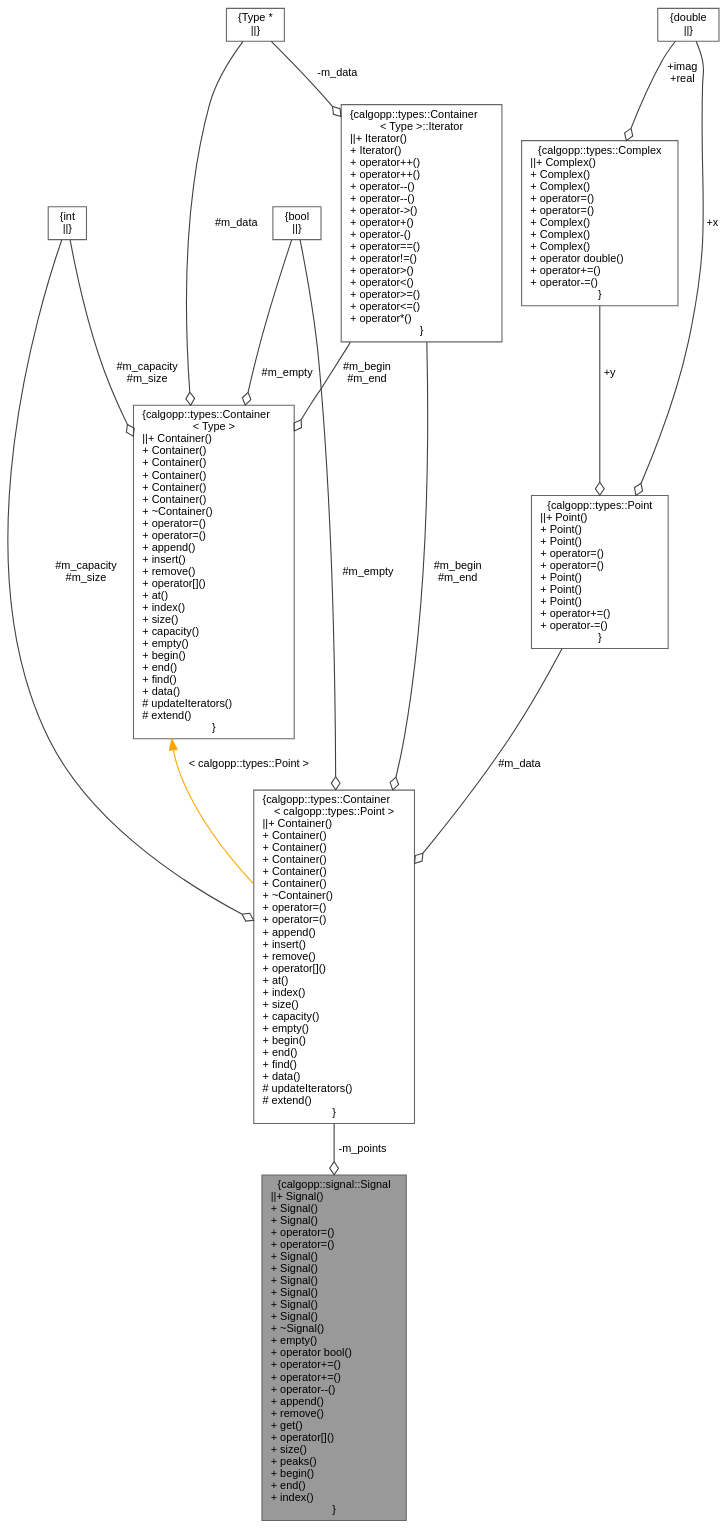
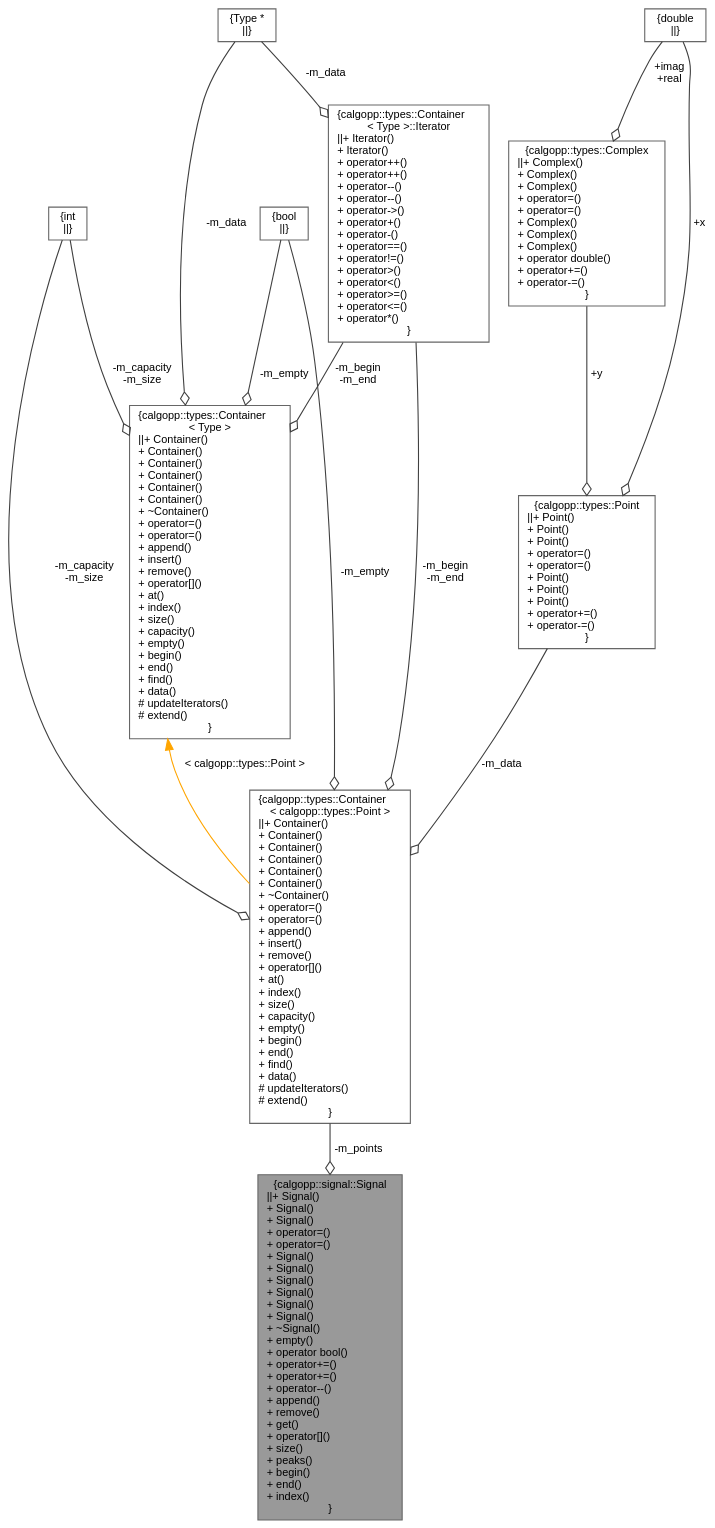
One commit to pawelekg95/algopp changed the diagram in classcalgopp_1_1signal_1_1Signal__coll__graph.dot. Above: the diagram before and after it, drawn with Graphviz. The commit also changed 28 other files, not shown here.

```diff
--- a/classcalgopp_1_1signal_1_1Signal__coll__graph.dot
+++ b/classcalgopp_1_1signal_1_1Signal__coll__graph.dot
@@ -1,31 +1,31 @@
 digraph "calgopp::signal::Signal"
 {
  // LATEX_PDF_SIZE
   bgcolor="transparent";
   edge [fontname=Helvetica,fontsize=10,labelfontname=Helvetica,labelfontsize=10];
   node [fontname=Helvetica,fontsize=10,shape=box,height=0.2,width=0.4];
   Node1 [label="{calgopp::signal::Signal\n||+ Signal()\l+ Signal()\l+ Signal()\l+ operator=()\l+ operator=()\l+ Signal()\l+ Signal()\l+ Signal()\l+ Signal()\l+ Signal()\l+ Signal()\l+ ~Signal()\l+ empty()\l+ operator bool()\l+ operator+=()\l+ operator+=()\l+ operator--()\l+ append()\l+ remove()\l+ get()\l+ operator[]()\l+ size()\l+ peaks()\l+ begin()\l+ end()\l+ index()\l}",height=0.2,width=0.4,color="gray40", fillcolor="grey60", style="filled", fontcolor="black",tooltip=" "];
   Node2 -> Node1 [color="grey25",style="solid",label=" -m_points" ,arrowhead="odiamond"];
   Node2 [label="{calgopp::types::Container\l\< calgopp::types::Point \>\n||+ Container()\l+ Container()\l+ Container()\l+ Container()\l+ Container()\l+ Container()\l+ ~Container()\l+ operator=()\l+ operator=()\l+ append()\l+ insert()\l+ remove()\l+ operator[]()\l+ at()\l+ index()\l+ size()\l+ capacity()\l+ empty()\l+ begin()\l+ end()\l+ find()\l+ data()\l# updateIterators()\l# extend()\l}",height=0.2,width=0.4,color="gray40", fillcolor="white", style="filled",URL="$classcalgopp_1_1types_1_1Container.html",tooltip=" "];
-  Node3 -> Node2 [color="grey25",style="solid",label=" #m_capacity\n#m_size" ,arrowhead="odiamond"];
+  Node3 -> Node2 [color="grey25",style="solid",label=" -m_capacity\n-m_size" ,arrowhead="odiamond"];
   Node3 [label="{int\n||}",height=0.2,width=0.4,color="gray40", fillcolor="white", style="filled",tooltip=" "];
-  Node4 -> Node2 [color="grey25",style="solid",label=" #m_empty" ,arrowhead="odiamond"];
+  Node4 -> Node2 [color="grey25",style="solid",label=" -m_empty" ,arrowhead="odiamond"];
   Node4 [label="{bool\n||}",height=0.2,width=0.4,color="gray40", fillcolor="white", style="filled",URL="$classbool.html",tooltip=" "];
-  Node5 -> Node2 [color="grey25",style="solid",label=" #m_data" ,arrowhead="odiamond"];
+  Node5 -> Node2 [color="grey25",style="solid",label=" -m_data" ,arrowhead="odiamond"];
   Node5 [label="{calgopp::types::Point\n||+ Point()\l+ Point()\l+ Point()\l+ operator=()\l+ operator=()\l+ Point()\l+ Point()\l+ Point()\l+ operator+=()\l+ operator-=()\l}",height=0.2,width=0.4,color="gray40", fillcolor="white", style="filled",URL="$structcalgopp_1_1types_1_1Point.html",tooltip=" "];
   Node6 -> Node5 [color="grey25",style="solid",label=" +x" ,arrowhead="odiamond"];
   Node6 [label="{double\n||}",height=0.2,width=0.4,color="gray40", fillcolor="white", style="filled",tooltip=" "];
   Node7 -> Node5 [color="grey25",style="solid",label=" +y" ,arrowhead="odiamond"];
   Node7 [label="{calgopp::types::Complex\n||+ Complex()\l+ Complex()\l+ Complex()\l+ operator=()\l+ operator=()\l+ Complex()\l+ Complex()\l+ Complex()\l+ operator double()\l+ operator+=()\l+ operator-=()\l}",height=0.2,width=0.4,color="gray40", fillcolor="white", style="filled",URL="$structcalgopp_1_1types_1_1Complex.html",tooltip=" "];
   Node6 -> Node7 [color="grey25",style="solid",label=" +imag\n+real" ,arrowhead="odiamond"];
-  Node8 -> Node2 [color="grey25",style="solid",label=" #m_begin\n#m_end" ,arrowhead="odiamond"];
+  Node8 -> Node2 [color="grey25",style="solid",label=" -m_begin\n-m_end" ,arrowhead="odiamond"];
   Node8 [label="{calgopp::types::Container\l\< Type \>::Iterator\n||+ Iterator()\l+ Iterator()\l+ operator++()\l+ operator++()\l+ operator--()\l+ operator--()\l+ operator-\>()\l+ operator+()\l+ operator-()\l+ operator==()\l+ operator!=()\l+ operator\>()\l+ operator\<()\l+ operator\>=()\l+ operator\<=()\l+ operator*()\l}",height=0.2,width=0.4,color="gray40", fillcolor="white", style="filled",URL="$classcalgopp_1_1types_1_1Container_1_1Iterator.html",tooltip=" "];
   Node9 -> Node8 [color="grey25",style="solid",label=" -m_data" ,arrowhead="odiamond"];
   Node9 [label="{Type *\n||}",height=0.2,width=0.4,color="gray40", fillcolor="white", style="filled",tooltip=" "];
   Node10 -> Node2 [dir="back",color="orange",style="solid",label=" \< calgopp::types::Point \>" ];
   Node10 [label="{calgopp::types::Container\l\< Type \>\n||+ Container()\l+ Container()\l+ Container()\l+ Container()\l+ Container()\l+ Container()\l+ ~Container()\l+ operator=()\l+ operator=()\l+ append()\l+ insert()\l+ remove()\l+ operator[]()\l+ at()\l+ index()\l+ size()\l+ capacity()\l+ empty()\l+ begin()\l+ end()\l+ find()\l+ data()\l# updateIterators()\l# extend()\l}",height=0.2,width=0.4,color="gray40", fillcolor="white", style="filled",URL="$classcalgopp_1_1types_1_1Container.html",tooltip=" "];
-  Node3 -> Node10 [color="grey25",style="solid",label=" #m_capacity\n#m_size" ,arrowhead="odiamond"];
-  Node4 -> Node10 [color="grey25",style="solid",label=" #m_empty" ,arrowhead="odiamond"];
-  Node9 -> Node10 [color="grey25",style="solid",label=" #m_data" ,arrowhead="odiamond"];
-  Node8 -> Node10 [color="grey25",style="solid",label=" #m_begin\n#m_end" ,arrowhead="odiamond"];
+  Node3 -> Node10 [color="grey25",style="solid",label=" -m_capacity\n-m_size" ,arrowhead="odiamond"];
+  Node4 -> Node10 [color="grey25",style="solid",label=" -m_empty" ,arrowhead="odiamond"];
+  Node9 -> Node10 [color="grey25",style="solid",label=" -m_data" ,arrowhead="odiamond"];
+  Node8 -> Node10 [color="grey25",style="solid",label=" -m_begin\n-m_end" ,arrowhead="odiamond"];
 }
```
